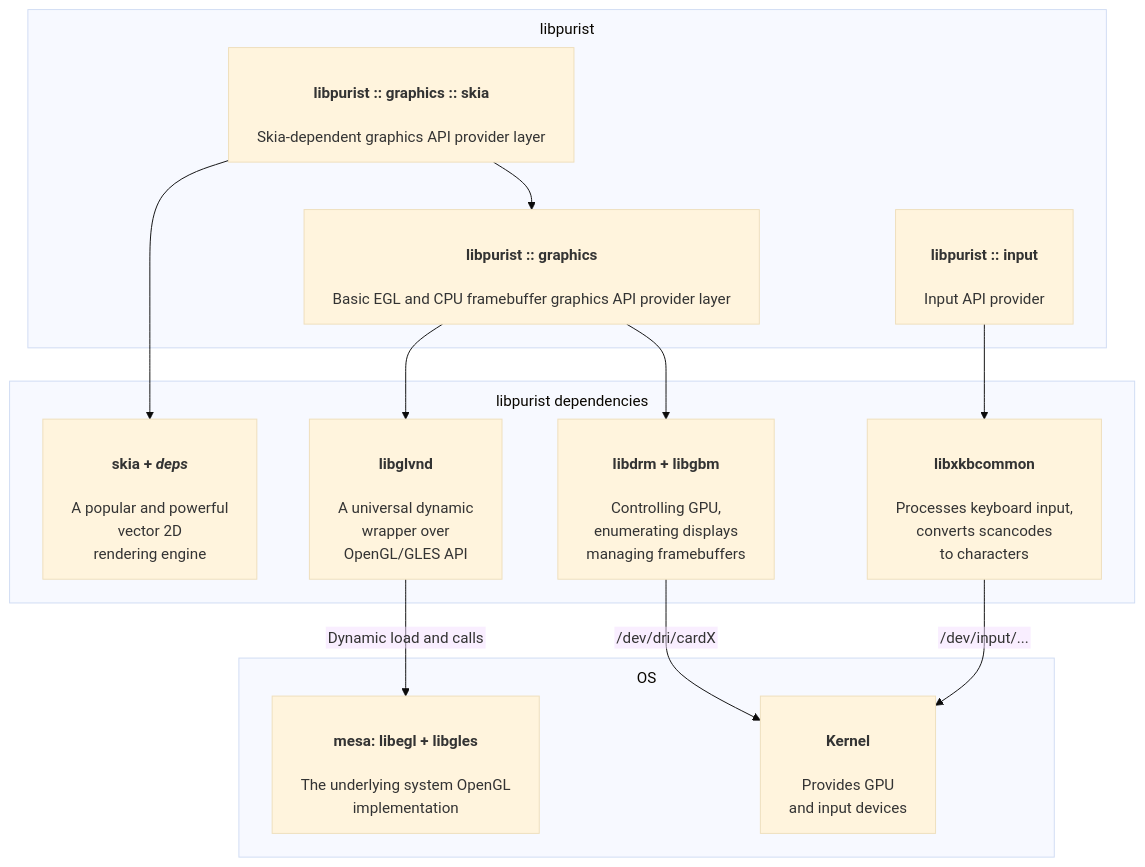
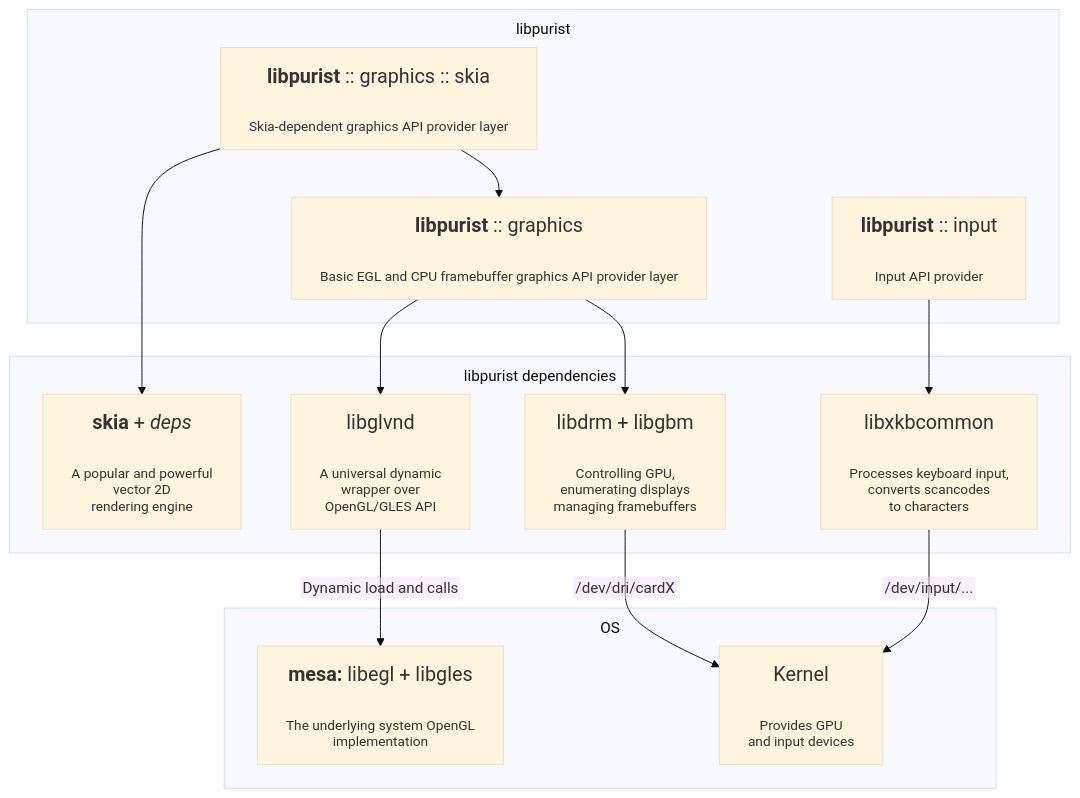
Before and after one commit to bigfatbrowncat/libpurist: the diagram in README.md, drawn with Mermaid (base theme). The commit also changed other lines of this file, not shown here.

Commit message:
Removed style tag

````diff
--- a/README.md
+++ b/README.md
@@ -19,51 +15,80 @@
 ```mermaid
 ---
 config:
   flowchart:
     htmlLabels: false
     wrappingWidth: 450
     subGraphTitleMargin:
         top: 10
         bottom: 5
 ---
 flowchart
-    
 
     subgraph libpurist
-        purist_graphics_skia["`<h4><b>libpurist</b> :: graphics :: skia</h4><div class='c'>Skia-dependent graphics API provider layer<div>`"]
+        purist_graphics_skia["
+            <div style="font-size:130%;"><b>libpurist</b> :: graphics :: skia</div>
+            <div style='font-size:90%;line-height:1.2;margin:5px 0 0 0'>Skia-dependent graphics API provider layer<div>
+        "]
 
-        purist_graphics["`<h4><b>libpurist</b> :: graphics</h4><div class='c'>Basic EGL and CPU framebuffer graphics API provider layer</div>`"]
+        purist_graphics["
+            <div style="font-size:130%;"><b>libpurist</b> :: graphics</div>
+            <div style='font-size:90%;line-height:1.2;margin:5px 0 0 0'>Basic EGL and CPU framebuffer graphics API provider layer</div>
+        "]
         
-        purist_input["`<h4><b>libpurist</b> :: input</h4><div class='c'>Input API provider</div>`"]
+        purist_input["
+            <div style="font-size:130%;"><b>libpurist</b> :: input</div>
+            <div style='font-size:90%;line-height:1.2;margin:5px 0 0 0'>Input API provider</div>
+        "]
 
         purist_graphics_skia --> purist_graphics
     end
 
+
     subgraph OS
-        gl["<h4><b>mesa:</b> libegl + libgles</h4><div class='c'>The underlying system OpenGL<br/> implementation</div>"]
-        kernel["<h4>Kernel</h4><div class='c'>Provides GPU<br/>and input devices</div>"]
+        gl["
+            <div style="font-size:130%;"><b>mesa:</b> libegl + libgles</div>
+            <div style='font-size:90%;line-height:1.2;margin:5px 0 0 0'>The underlying system OpenGL<br/> implementation</div>
+        "]
+        kernel["
+            <div style="font-size:130%;">Kernel</div>
+            <div style='font-size:90%;line-height:1.2;margin:5px 0 0 0'>Provides GPU<br/>and input devices</div>
+        "]
     end
     
+
     subgraph libpurist dependencies
     
-    purist_graphics_skia --> skia
+        purist_graphics_skia --> skia
 
-    purist_graphics --> glvnd
-    purist_graphics --> drm
-    
-    purist_input --> xkbcommon
+        purist_graphics --> glvnd
+        purist_graphics --> drm
+        
+        purist_input --> xkbcommon
 
-    skia["<h4><b>skia</b> + <em>deps</em></h4><div class='c'>A popular and powerful<br/>vector 2D<br/>rendering engine</div>"]
-    drm["<h4>libdrm + libgbm</h4><div class='c'>Controlling GPU,<br/> enumerating displays<br/>managing framebuffers</div>"]
-    
-    xkbcommon["<h4>libxkbcommon</h4><div class='c'>Processes keyboard input,<br/>converts scancodes<br/>to characters</div>"]
+        skia["
+            <div style="font-size:130%;"><b>skia</b> + <em>deps</em></div>
+            <div style='font-size:90%;line-height:1.2;margin:5px 0 0 0'>A popular and powerful<br/>vector 2D<br/>rendering engine</div>
+        "]
 
-    glvnd["<h4>libglvnd</h4><div class='c'>A universal dynamic<br/>wrapper over<br/>OpenGL/GLES API</div>"]
+        drm["
+            <div style="font-size:130%;">libdrm + libgbm</div>
+            <div style='font-size:90%;line-height:1.2;margin:5px 0 0 0'>Controlling GPU,<br/> enumerating displays<br/>managing framebuffers</div>
+        "]
+        
+        xkbcommon["
+            <div style="font-size:130%;">libxkbcommon</div>
+            <div style='font-size:90%;line-height:1.2;margin:5px 0 0 0'>Processes keyboard input,<br/>converts scancodes<br/>to characters</div>
+        "]
 
-    drm -->|/dev/dri/cardX| kernel
-    xkbcommon -- /dev/input/... --> kernel
-    
-    glvnd -- Dynamic load and calls --> gl
+        glvnd["
+            <div style="font-size:130%;">libglvnd</div>
+            <div style='font-size:90%;line-height:1.2;margin:5px 0 0 0'>A universal dynamic<br/>wrapper over<br/>OpenGL/GLES API</div>
+        "]
+
+        drm -->|/dev/dri/cardX| kernel
+        xkbcommon -- /dev/input/... --> kernel
+        
+        glvnd -- Dynamic load and calls --> gl
     end 
 
 ```
````
